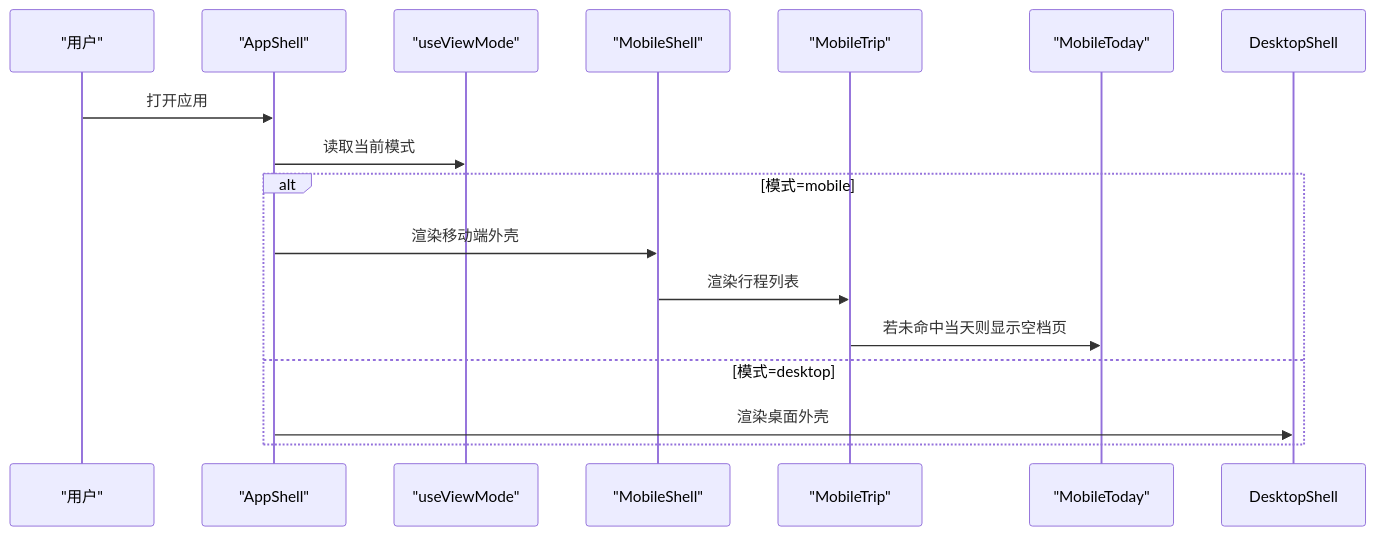
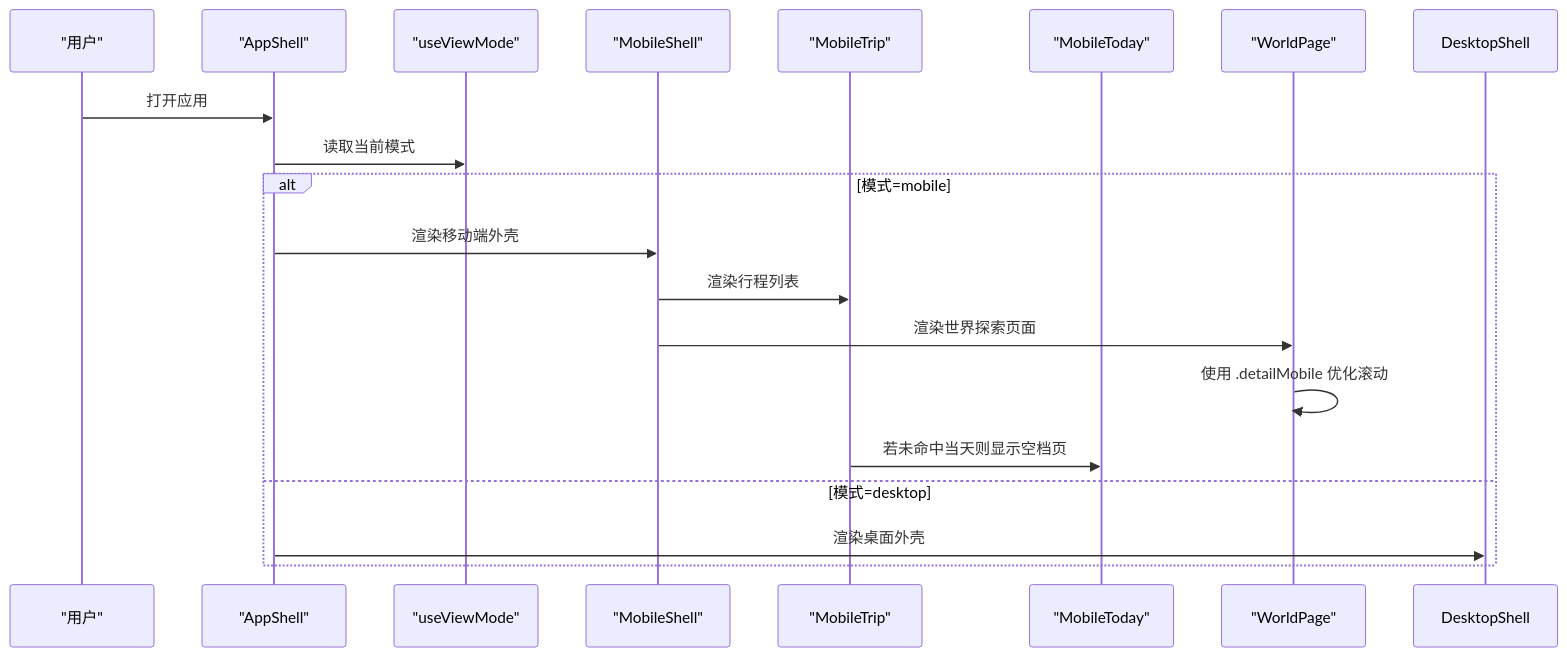
The second of 8 diagrams in .qoder/repowiki/zh/content/用户界面组件/移动端优化.md (huangyilu/wanwuyishi), drawn with Mermaid before and after one commit. The commit also changed other lines of this file and 23 other files, not shown here.

````diff
--- a/.qoder/repowiki/zh/content/用户界面组件/移动端优化.md
+++ b/.qoder/repowiki/zh/content/用户界面组件/移动端优化.md
@@ -106,18 +128,21 @@
 ```mermaid
 sequenceDiagram
 participant U as "用户"
 participant S as "AppShell"
 participant M as "useViewMode"
 participant MS as "MobileShell"
 participant MT as "MobileTrip"
 participant MH as "MobileToday"
+participant WP as "WorldPage"
 U->>S : 打开应用
 S->>M : 读取当前模式
 alt 模式=mobile
 S->>MS : 渲染移动端外壳
 MS->>MT : 渲染行程列表
+MS->>WP : 渲染世界探索页面
+WP->>WP : 使用 .detailMobile 优化滚动
 MT->>MH : 若未命中当天则显示空档页
 else 模式=desktop
 S->>DesktopShell : 渲染桌面外壳
 end
 ```
````
